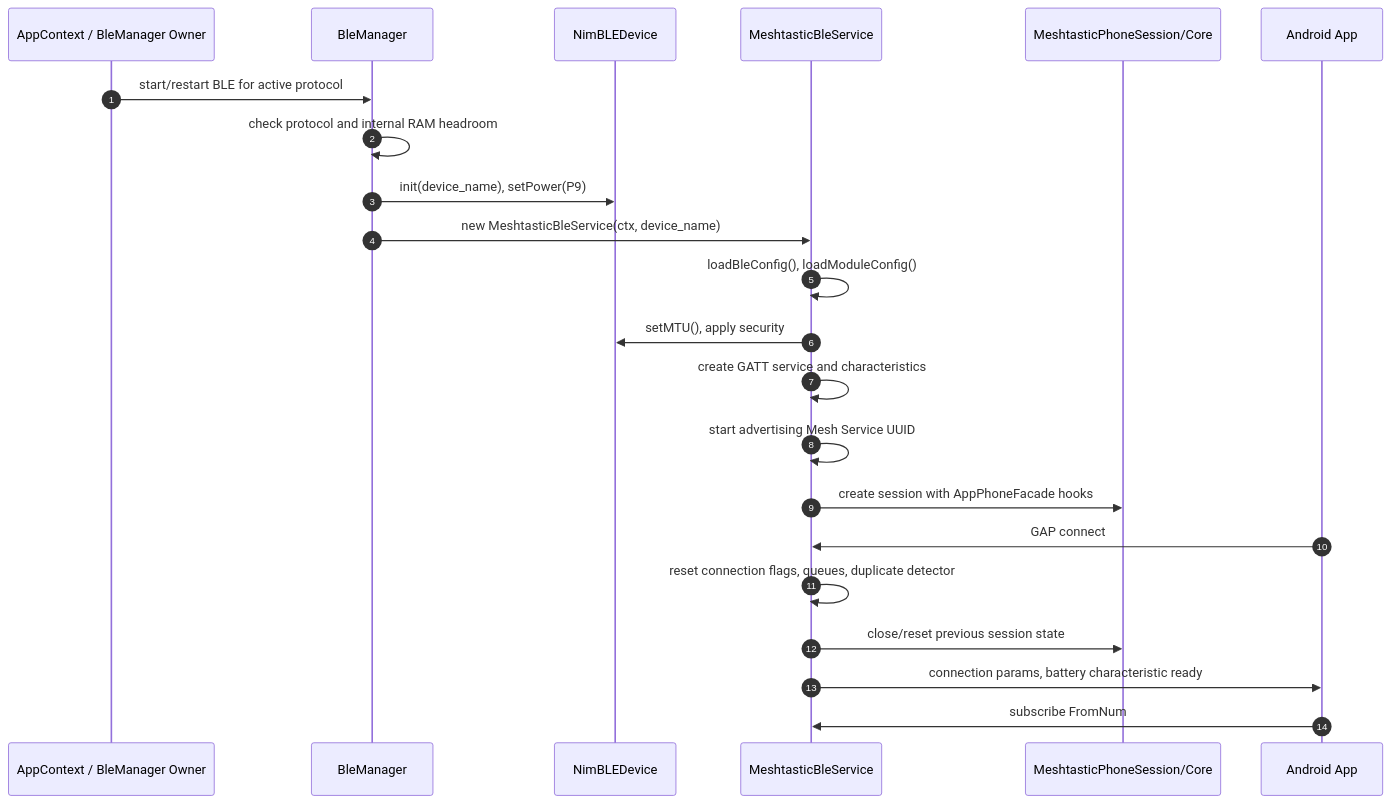
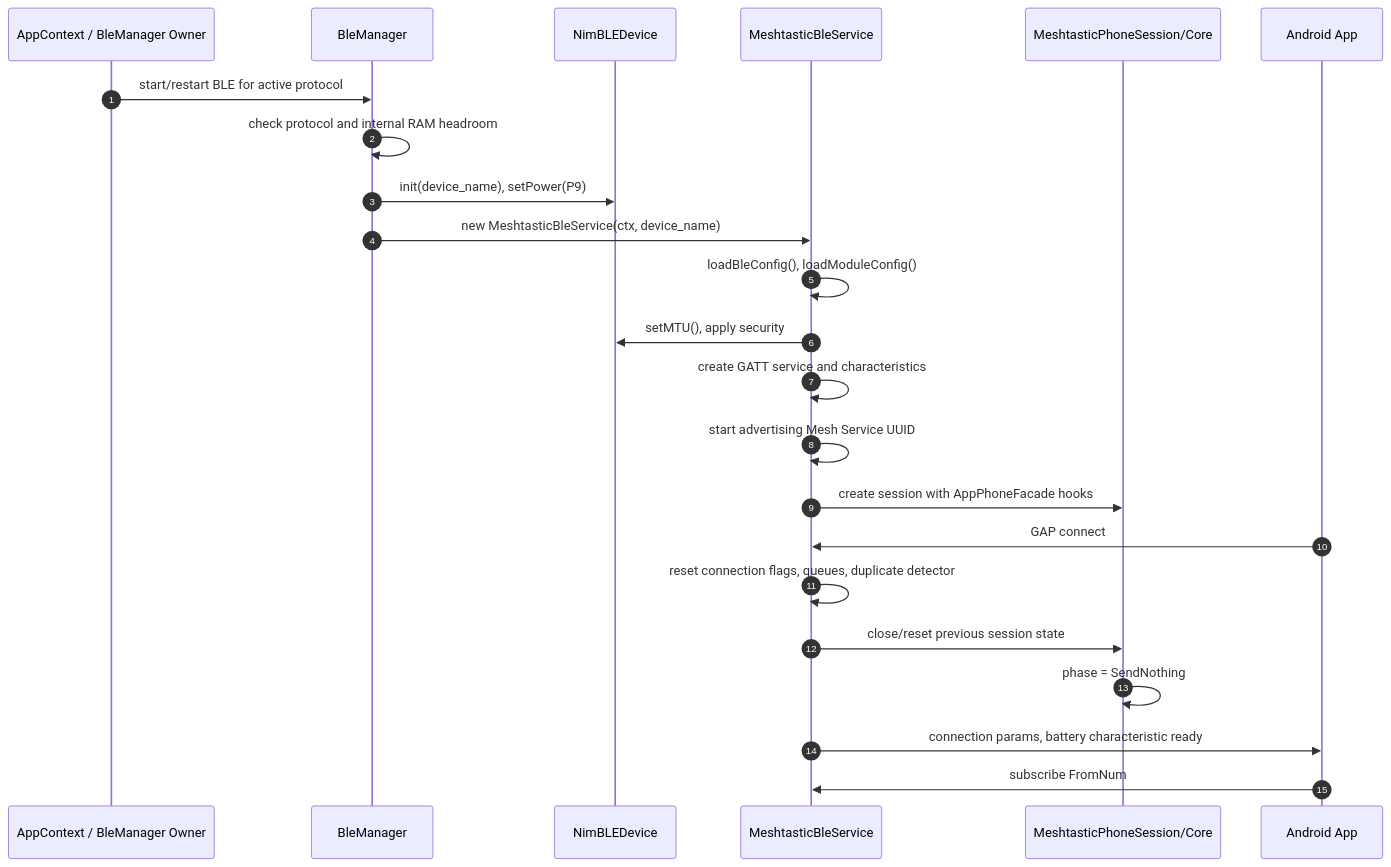
One commit to manmuqingshan/trail-mate changed the third of 17 diagrams in docs/specification/MESHTASTIC_ANDROID_BLE_CONNECTION_SPEC.md. Above: the diagram before and after it, drawn with Mermaid. The commit also changed other lines of this file and 10 other files, not shown here.

Commit message:
Align nRF Meshtastic BLE liveness flow

````diff
--- a/docs/specification/MESHTASTIC_ANDROID_BLE_CONNECTION_SPEC.md
+++ b/docs/specification/MESHTASTIC_ANDROID_BLE_CONNECTION_SPEC.md
@@ -225,25 +267,26 @@
 ```mermaid
 sequenceDiagram
     autonumber
     participant App as AppContext / BleManager Owner
     participant BM as BleManager
     participant NimBLE as NimBLEDevice
     participant Svc as MeshtasticBleService
     participant Core as MeshtasticPhoneSession/Core
     participant Phone as Android App
 
     App->>BM: start/restart BLE for active protocol
     BM->>BM: check protocol and internal RAM headroom
     BM->>NimBLE: init(device_name), setPower(P9)
     BM->>Svc: new MeshtasticBleService(ctx, device_name)
     Svc->>Svc: loadBleConfig(), loadModuleConfig()
     Svc->>NimBLE: setMTU(), apply security
     Svc->>Svc: create GATT service and characteristics
     Svc->>Svc: start advertising Mesh Service UUID
     Svc->>Core: create session with AppPhoneFacade hooks
     Phone->>Svc: GAP connect
     Svc->>Svc: reset connection flags, queues, duplicate detector
     Svc->>Core: close/reset previous session state
+    Core->>Core: phase = SendNothing
     Svc->>Phone: connection params, battery characteristic ready
     Phone->>Svc: subscribe FromNum
 ```
````
